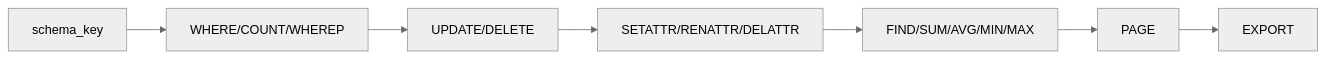
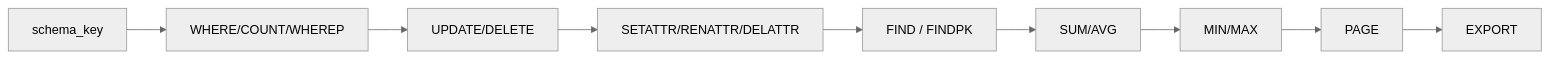
Before and after one commit to skyline019/database: diagram 13 of 17 in newdb/docs/architecture/PROJECT_DATAFLOW_WHOLE.md, drawn with Mermaid (neutral theme). The commit also changed other lines of this file, not shown here.

````diff
--- a/newdb/docs/architecture/PROJECT_DATAFLOW_WHOLE.md
+++ b/newdb/docs/architecture/PROJECT_DATAFLOW_WHOLE.md
@@ -457,12 +646,14 @@
 ```mermaid
 flowchart LR
   Q0["schema_key"]
   Q1["WHERE/COUNT/WHEREP"]
   Q2["UPDATE/DELETE"]
   Q3["SETATTR/RENATTR/DELATTR"]
-  Q4["FIND/SUM/AVG/MIN/MAX"]
-  Q5["PAGE"]
-  Q6["EXPORT"]
+  Q4["FIND / FINDPK"]
+  Q5["SUM/AVG"]
+  Q6["MIN/MAX"]
+  Q7["PAGE"]
+  Q8["EXPORT"]
 
-  Q0 --> Q1 --> Q2 --> Q3 --> Q4 --> Q5 --> Q6
+  Q0 --> Q1 --> Q2 --> Q3 --> Q4 --> Q5 --> Q6 --> Q7 --> Q8
 ```
````
